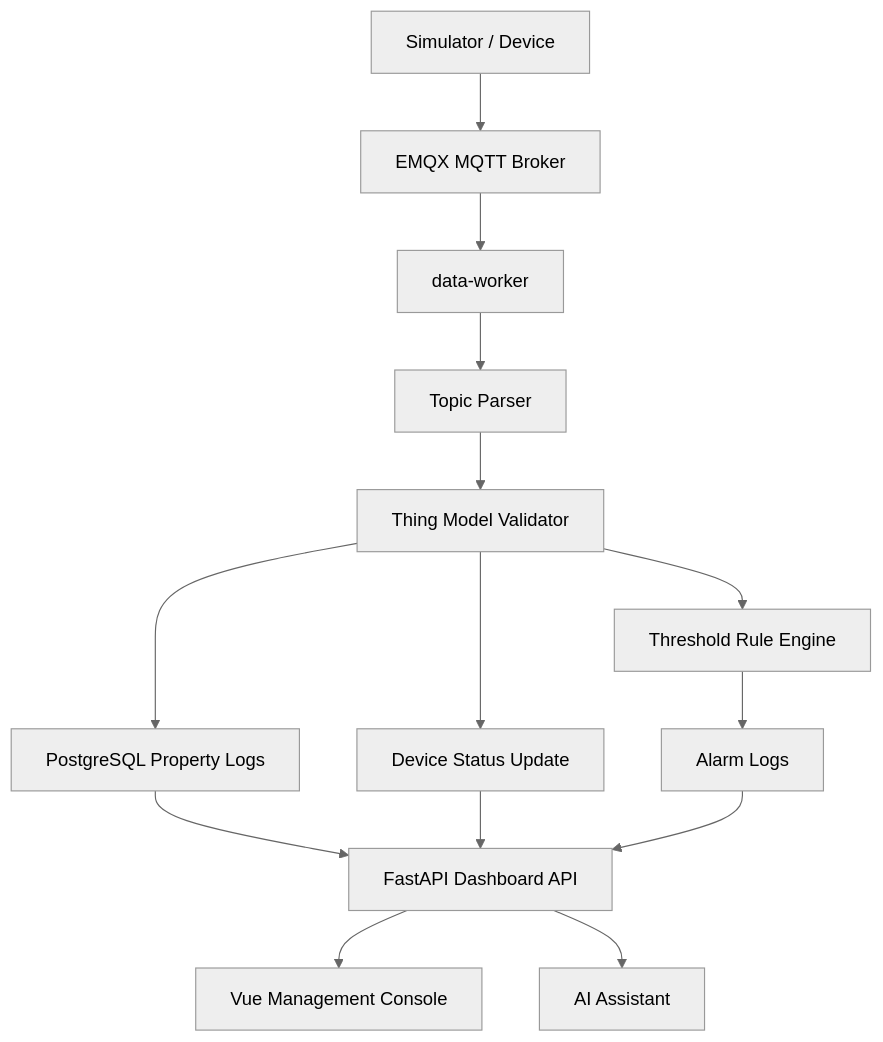
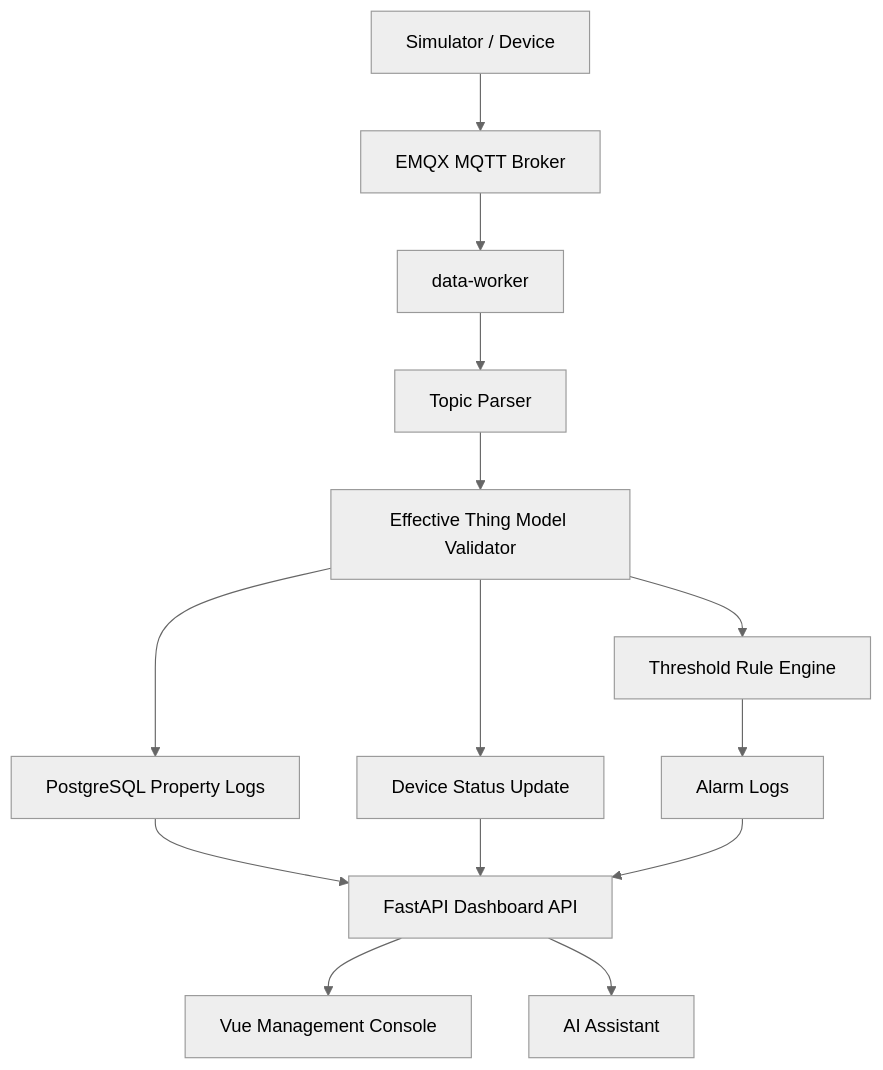
One commit to JunYIChen12/JunYIChen12-iot-agent-demo changed the first of 2 diagrams in docs/architecture.md. Above: the diagram before and after it, drawn with Mermaid (neutral theme). The commit also changed other lines of this file and 11 other files, not shown here.

Commit message:
feat: model category thing inheritance

````diff
--- a/docs/architecture.md
+++ b/docs/architecture.md
@@ -26,16 +27,16 @@
 ```mermaid
 flowchart TD
     A["Simulator / Device"] --> B["EMQX MQTT Broker"]
     B --> C["data-worker"]
     C --> D["Topic Parser"]
-    D --> E["Thing Model Validator"]
+    D --> E["Effective Thing Model Validator"]
     E --> F["PostgreSQL Property Logs"]
     E --> G["Device Status Update"]
     E --> H["Threshold Rule Engine"]
     H --> I["Alarm Logs"]
     F --> J["FastAPI Dashboard API"]
     G --> J
     I --> J
     J --> K["Vue Management Console"]
     J --> L["AI Assistant"]
 ```
````
